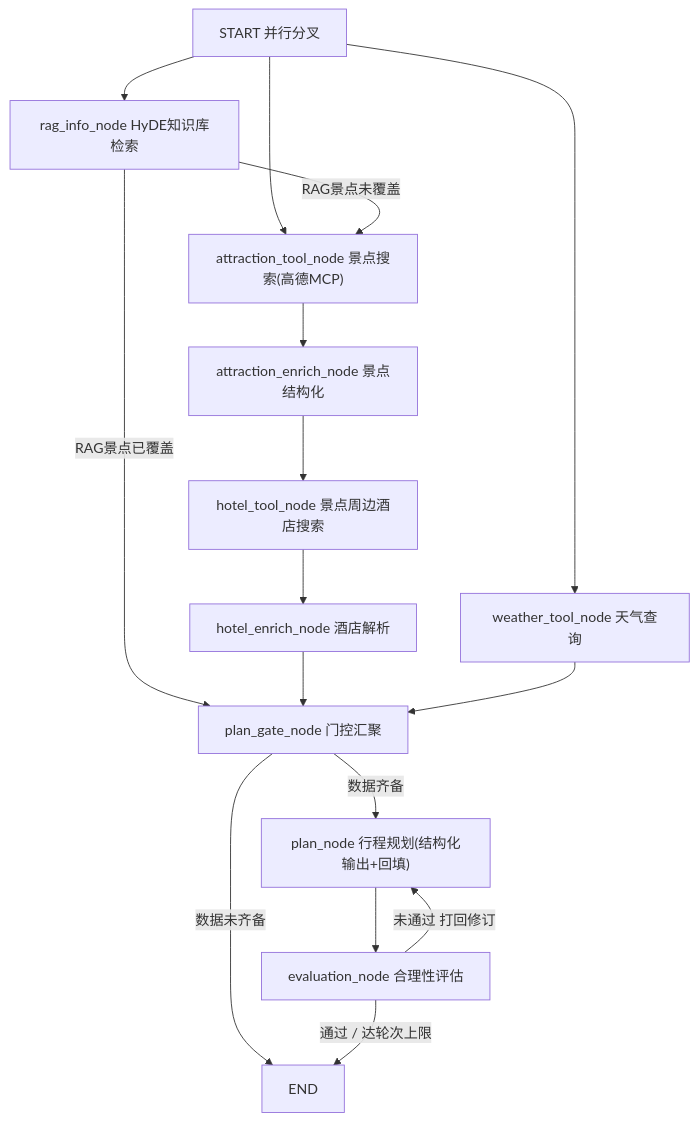
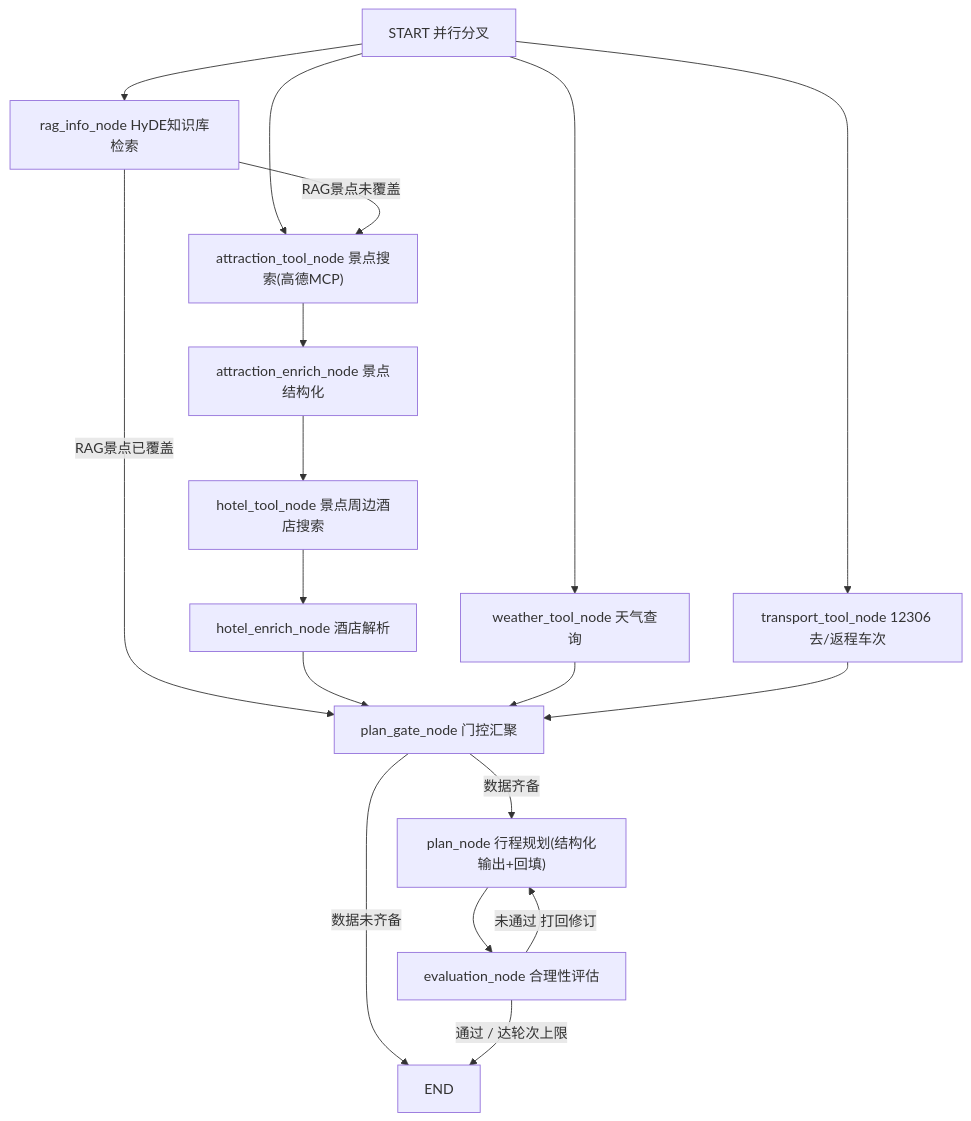
One commit to sheepsheep678/travel_agents changed the first of 2 diagrams in README.md. Above: the diagram before and after it, drawn with Mermaid. The commit also changed other lines of this file and 64 other files, not shown here.

````diff
--- a/README.md
+++ b/README.md
@@ -64,22 +72,24 @@
 ```mermaid
 graph TD
     START["START 并行分叉"] --> A["attraction_tool_node 景点搜索(高德MCP)"]
     START --> W["weather_tool_node 天气查询"]
+    START --> T["transport_tool_node 12306 去/返程车次"]
     START --> R["rag_info_node HyDE知识库检索"]
 
     R -->|RAG景点未覆盖| A
     R -->|RAG景点已覆盖| G["plan_gate_node 门控汇聚"]
 
     A --> AE["attraction_enrich_node 景点结构化"]
     AE --> H["hotel_tool_node 景点周边酒店搜索"]
     H --> HE["hotel_enrich_node 酒店解析"]
     HE --> G
     W --> G
+    T --> G
 
     G -->|数据齐备| P["plan_node 行程规划(结构化输出+回填)"]
     G -->|数据未齐备| END["END"]
 
     P --> E["evaluation_node 合理性评估"]
     E -->|未通过 打回修订| P
     E -->|通过 / 达轮次上限| END
 ```
````
